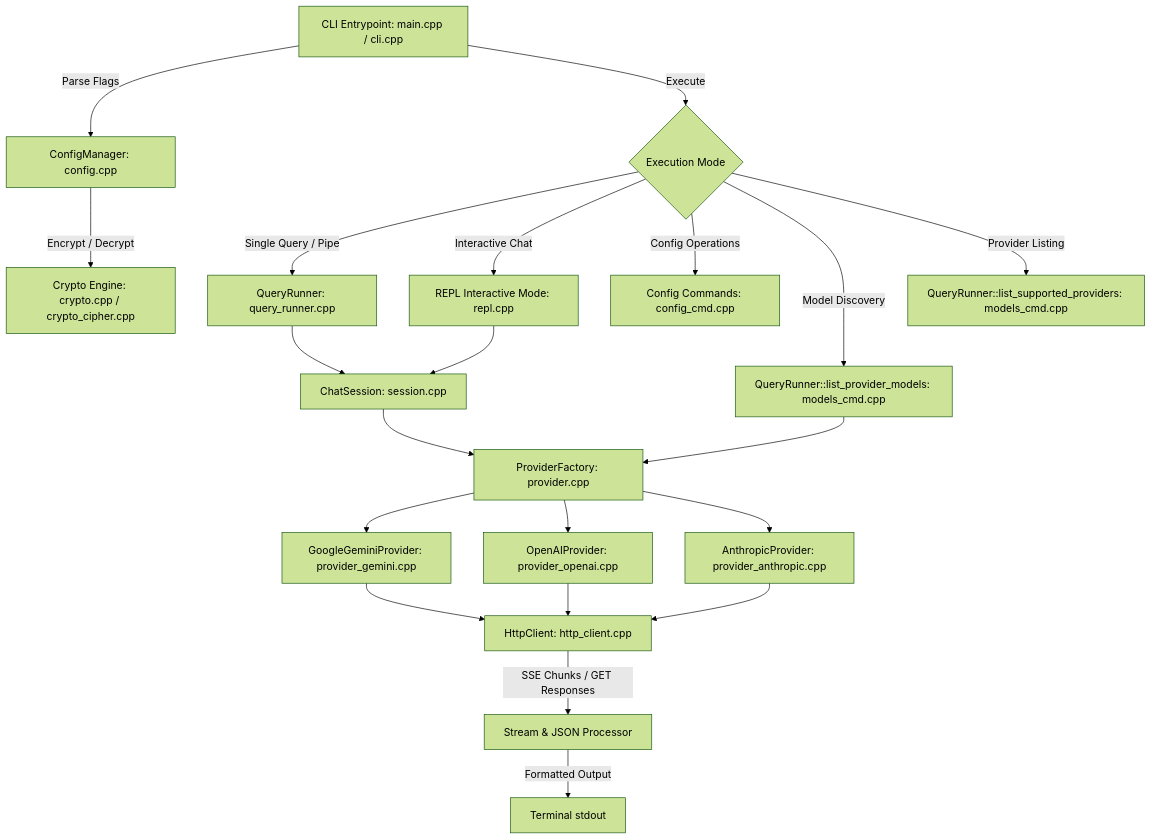
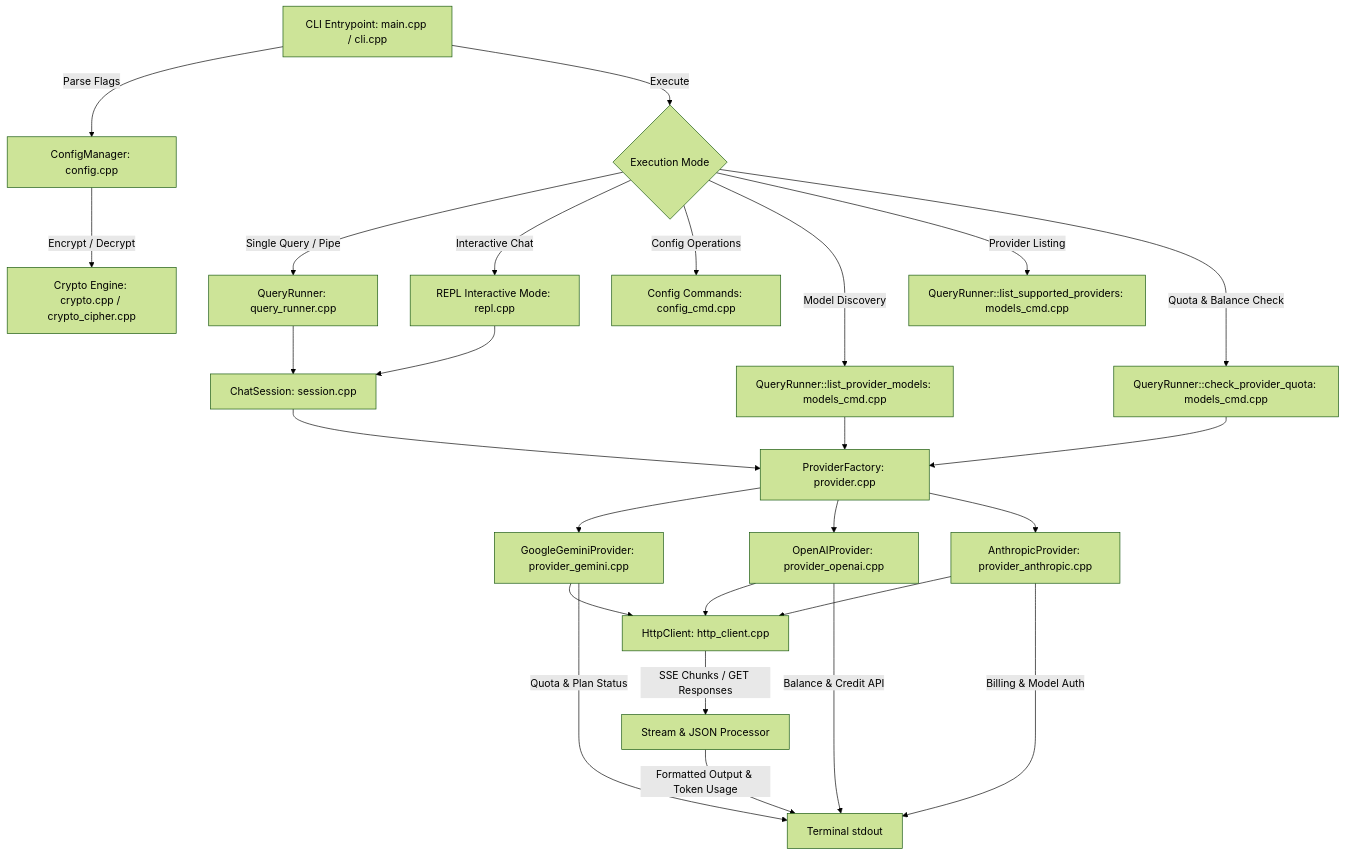
The diagram in architecture.md (Ashishsri2018/ai-cli), drawn with Mermaid (forest theme) before and after one commit. The commit also changed other lines of this file and 4 other files, not shown here.

Commit message:
Update documentation with token usage metrics and quota/balance checking

````diff
--- a/architecture.md
+++ b/architecture.md
@@ -8,30 +8,35 @@
 ```mermaid
 graph TD
     CLI[CLI Entrypoint: main.cpp / cli.cpp] --> |Parse Flags| CFG[ConfigManager: config.cpp]
     CLI --> |Execute| ROUTE{Execution Mode}
     
     ROUTE --> |Single Query / Pipe| EXEC_SINGLE[QueryRunner: query_runner.cpp]
     ROUTE --> |Interactive Chat| EXEC_REPL[REPL Interactive Mode: repl.cpp]
     ROUTE --> |Config Operations| EXEC_CFG[Config Commands: config_cmd.cpp]
     ROUTE --> |Model Discovery| EXEC_MODELS[QueryRunner::list_provider_models: models_cmd.cpp]
     ROUTE --> |Provider Listing| EXEC_PROVS[QueryRunner::list_supported_providers: models_cmd.cpp]
+    ROUTE --> |Quota & Balance Check| EXEC_QUOTA[QueryRunner::check_provider_quota: models_cmd.cpp]
     
     CFG --> |Encrypt / Decrypt| CRYPTO[Crypto Engine: crypto.cpp / crypto_cipher.cpp]
     
     EXEC_SINGLE --> SESS[ChatSession: session.cpp]
     EXEC_REPL --> SESS
     
     SESS --> FACTORY[ProviderFactory: provider.cpp]
     EXEC_MODELS --> FACTORY
+    EXEC_QUOTA --> FACTORY
     
     FACTORY --> P_GEMINI[GoogleGeminiProvider: provider_gemini.cpp]
     FACTORY --> P_OPENAI[OpenAIProvider: provider_openai.cpp]
     FACTORY --> P_ANTHROPIC[AnthropicProvider: provider_anthropic.cpp]
     
     P_GEMINI --> HTTP[HttpClient: http_client.cpp]
     P_OPENAI --> HTTP
     P_ANTHROPIC --> HTTP
     
     HTTP --> |SSE Chunks / GET Responses| STREAM[Stream & JSON Processor]
-    STREAM --> |Formatted Output| TTY[Terminal stdout]
+    STREAM --> |Formatted Output & Token Usage| TTY[Terminal stdout]
+    P_GEMINI --> |Quota & Plan Status| TTY
+    P_OPENAI --> |Balance & Credit API| TTY
+    P_ANTHROPIC --> |Billing & Model Auth| TTY
 ```
````
